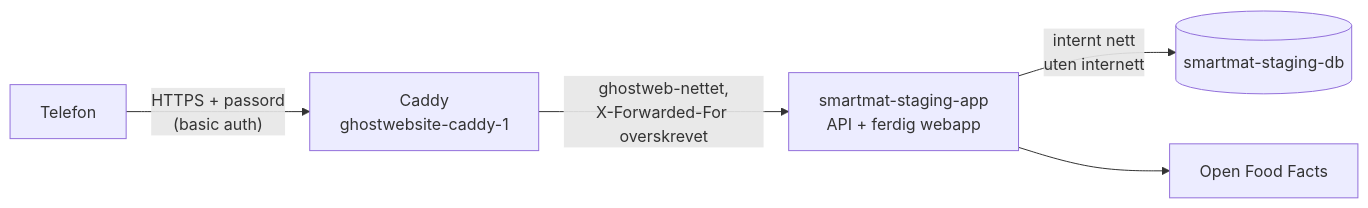
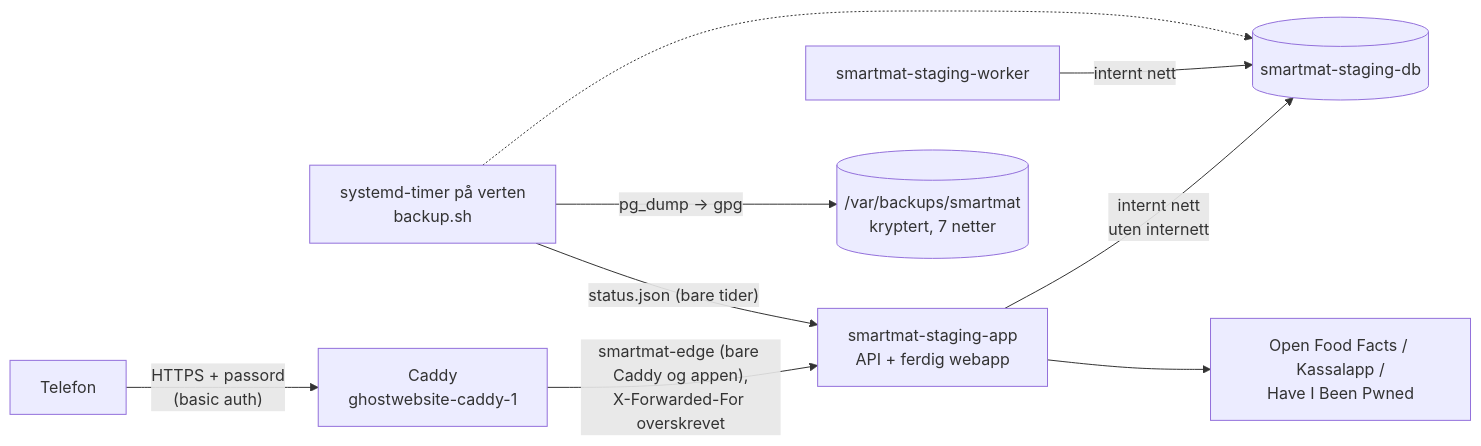
Before and after one commit to superior-ferdiz/smartmat: the fourth of 7 diagrams in docs/academic/07-systemarkitektur.md, drawn with Mermaid. The commit also changed other lines of this file and 196 other files, not shown here.

````diff
--- a/docs/academic/07-systemarkitektur.md
+++ b/docs/academic/07-systemarkitektur.md
@@ -98,7 +101,11 @@
 ```mermaid
 flowchart LR
   T[Telefon] -- "HTTPS + passord<br/>(basic auth)" --> Y[Caddy<br/>ghostwebsite-caddy-1]
-  Y -- "ghostweb-nettet,<br/>X-Forwarded-For overskrevet" --> P[smartmat-staging-app<br/>API + ferdig webapp]
+  Y -- "smartmat-edge (bare Caddy og appen),<br/>X-Forwarded-For overskrevet" --> P[smartmat-staging-app<br/>API + ferdig webapp]
   P -- "internt nett<br/>uten internett" --> Q[(smartmat-staging-db)]
-  P --> O[Open Food Facts]
+  W[smartmat-staging-worker] -- "internt nett" --> Q
+  P --> O[Open Food Facts / Kassalapp /<br/>Have I Been Pwned]
+  B[systemd-timer på verten<br/>backup.sh] -- "pg_dump → gpg" --> K[(/var/backups/smartmat<br/>kryptert, 7 netter)]
+  B -.-> Q
+  B -- "status.json (bare tider)" --> P
 ```
````
